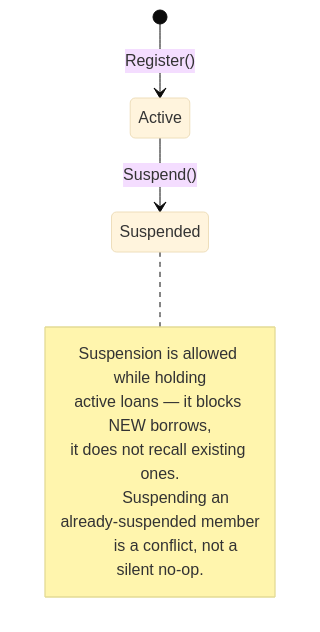
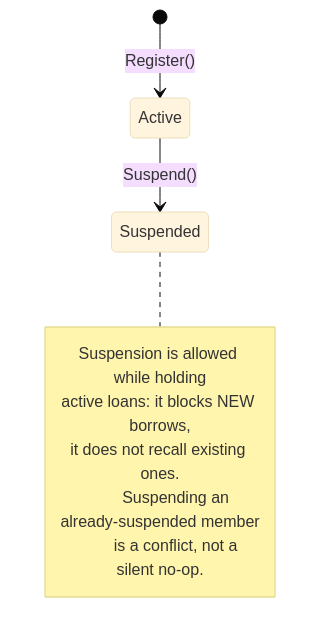
One commit to Nooziergg/library-loans-api changed the sixth of 7 diagrams in docs/ARCHITECTURE.md. Above: the diagram before and after it, drawn with Mermaid (base theme). The commit also changed other lines of this file and 127 other files, not shown here.

````diff
--- a/docs/ARCHITECTURE.md
+++ b/docs/ARCHITECTURE.md
@@ -243,14 +243,14 @@
 ```mermaid
 stateDiagram-v2
     [*] --> Active: Register()
     Active --> Suspended: Suspend()
 
     note right of Suspended
         Suspension is allowed while holding
-        active loans — it blocks NEW borrows,
+        active loans: it blocks NEW borrows,
         it does not recall existing ones.
 
         Suspending an already-suspended member
         is a conflict, not a silent no-op.
     end note
 ```
````
